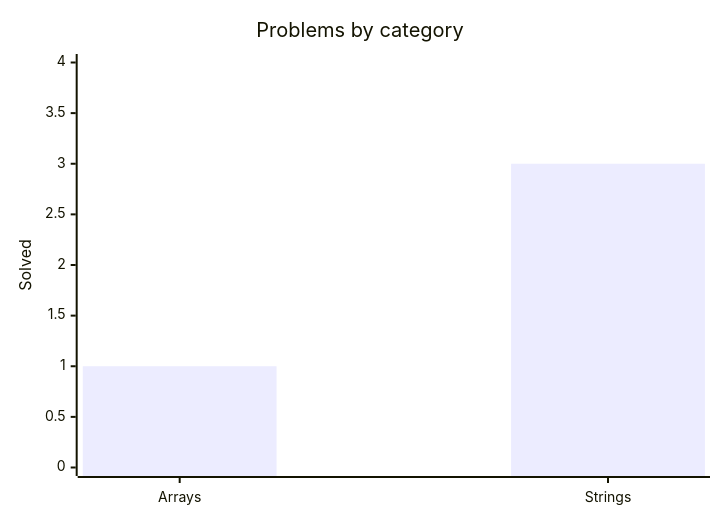
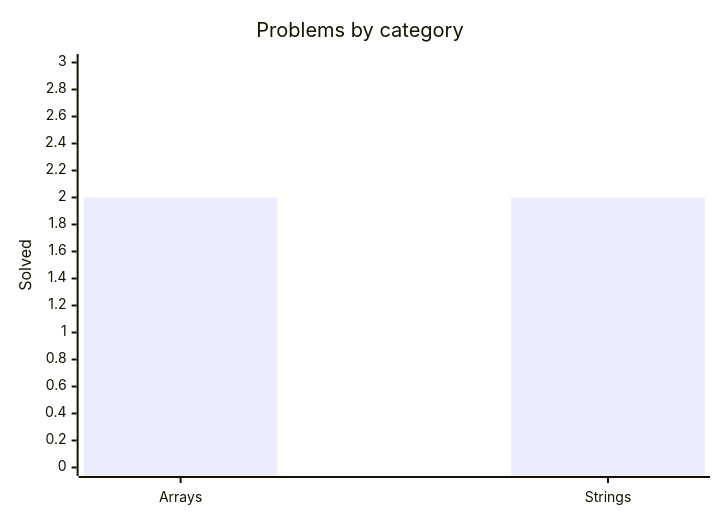
One commit to mauli-waghmore/data-structures-algorithms-kotlin changed the diagram in README.md. Above: the diagram before and after it, drawn with Mermaid. The commit also changed other lines of this file, not shown here.

Commit message:
chore: update progress [skip ci]

````diff
--- a/README.md
+++ b/README.md
@@ -35,8 +35,8 @@
 ```mermaid
 %%{init: {"xyChart": {"plotColorPalette": "#7F52FF"}}}%%
 xychart-beta
     title "Problems by category"
     x-axis ["Arrays", "Strings"]
-    y-axis "Solved" 0 --> 4
-    bar [1, 3]
+    y-axis "Solved" 0 --> 3
+    bar [2, 2]
 ```
````
